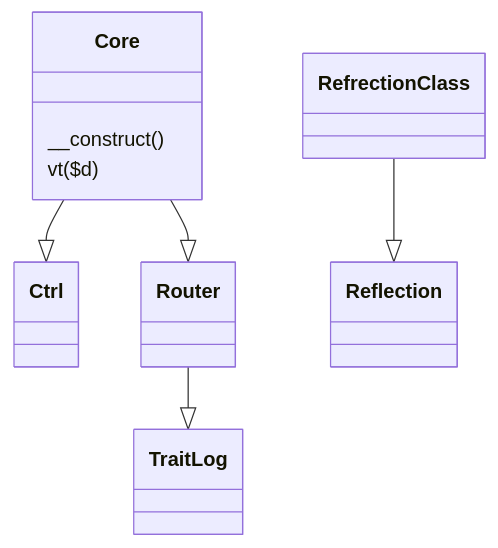
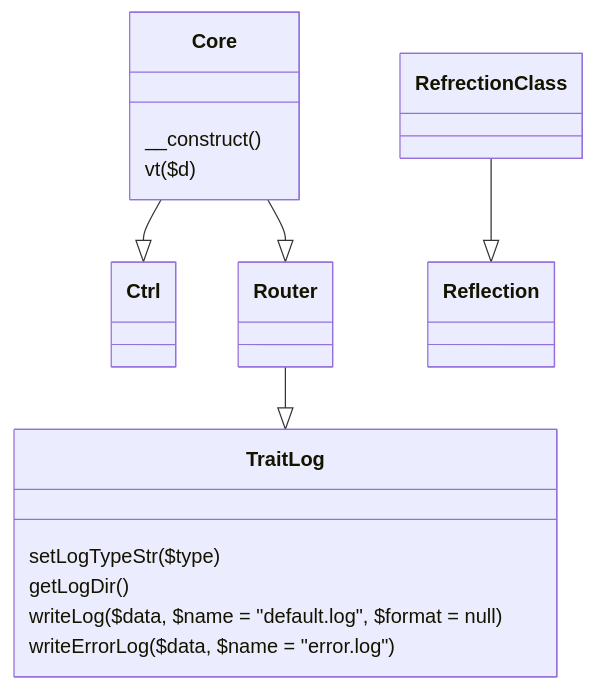
The diagram in docments/dialog.md (innocentgrand/oreore), drawn with Mermaid before and after one commit.

Commit message:
メソッドとか

````diff
--- a/docments/dialog.md
+++ b/docments/dialog.md
@@ -2,9 +2,13 @@
 ```mermaid
 classDiagram
 Core --|> Ctrl
 Core --|> Router
 RefrectionClass --|> Reflection
 Router --|> TraitLog
 Core : __construct()
 Core : vt($d)
+TraitLog : setLogTypeStr($type)
+TraitLog : getLogDir()
+TraitLog : writeLog($data, $name = "default.log", $format = null)
+TraitLog : writeErrorLog($data, $name = "error.log")
 ```
````
